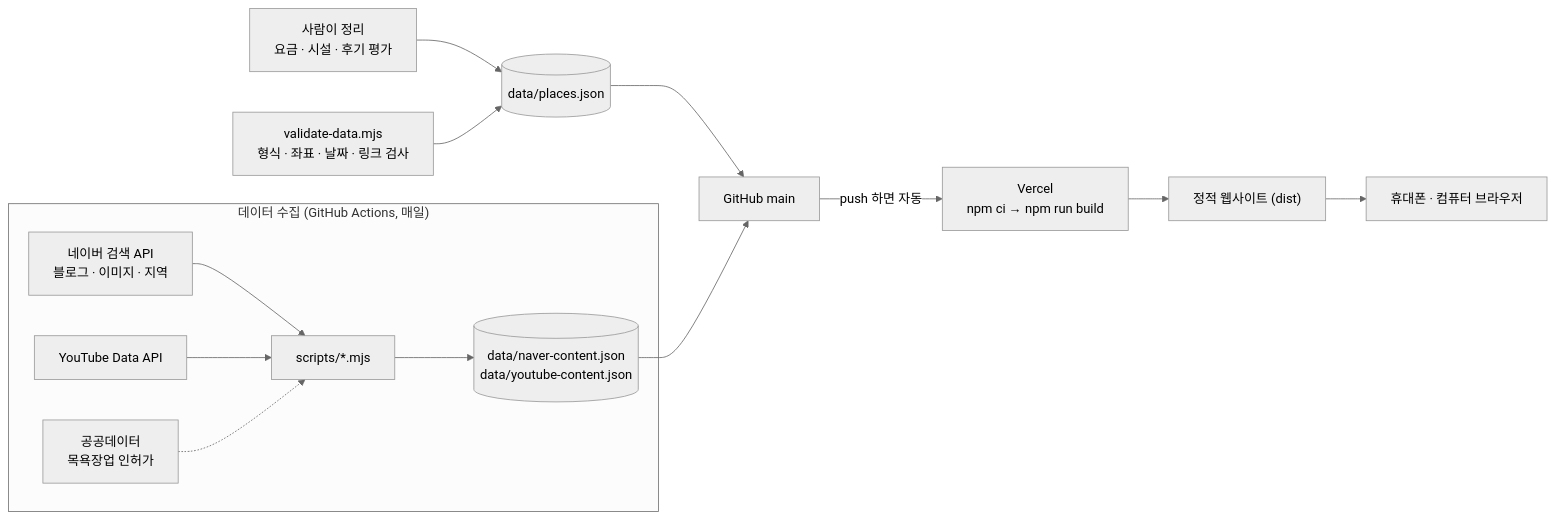
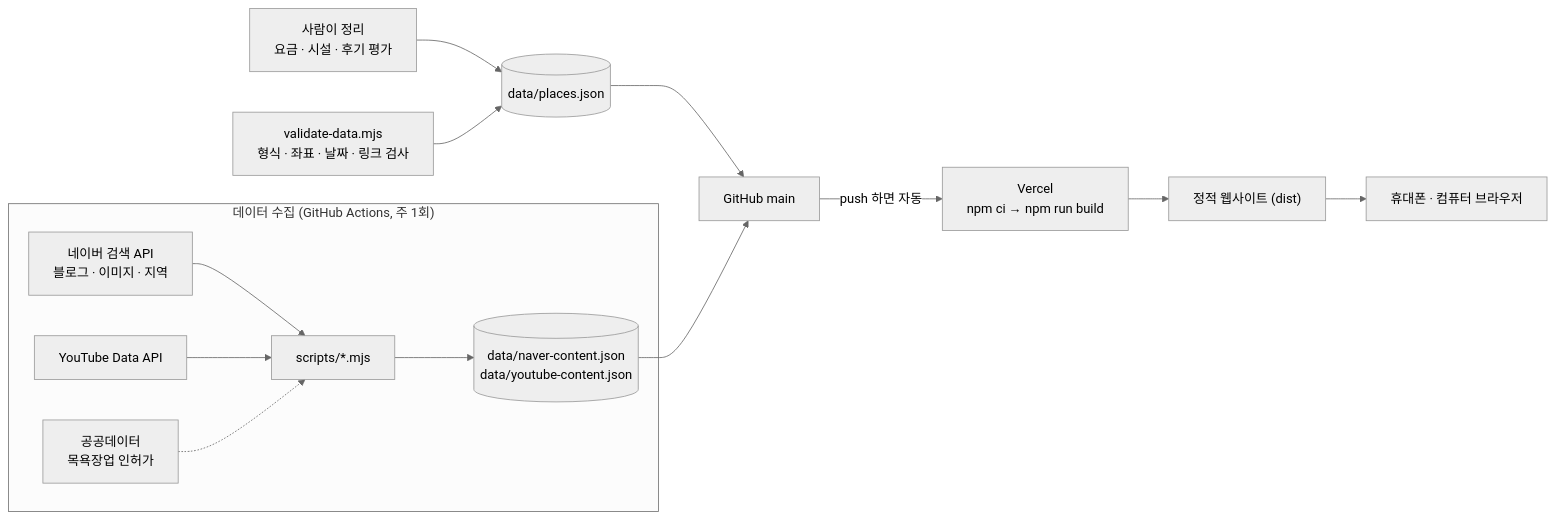
Before and after one commit to howoo101/test: the second of 2 diagrams in jjimjilbang-map/docs/기획서.md, drawn with Mermaid (neutral theme). The commit also changed other lines of this file and 5 other files, not shown here.

````diff
--- a/jjimjilbang-map/docs/기획서.md
+++ b/jjimjilbang-map/docs/기획서.md
@@ -287,16 +287,16 @@
 ```mermaid
 flowchart LR
-  subgraph collect ["데이터 수집 (GitHub Actions, 매일)"]
+  subgraph collect ["데이터 수집 (GitHub Actions, 주 1회)"]
     A["네이버 검색 API<br/>블로그 · 이미지 · 지역"] --> S["scripts/*.mjs"]
     Y["YouTube Data API"] --> S
     P["공공데이터<br/>목욕장업 인허가"] -.-> S
     S --> C[("data/naver-content.json<br/>data/youtube-content.json")]
   end
   M["사람이 정리<br/>요금 · 시설 · 후기 평가"] --> D[("data/places.json")]
   V["validate-data.mjs<br/>형식 · 좌표 · 날짜 · 링크 검사"] --> D
   D --> G["GitHub main"]
   C --> G
   G -->|push 하면 자동| B["Vercel<br/>npm ci → npm run build"]
   B --> W["정적 웹사이트 (dist)"]
   W --> U["휴대폰 · 컴퓨터 브라우저"]
 ```
````
